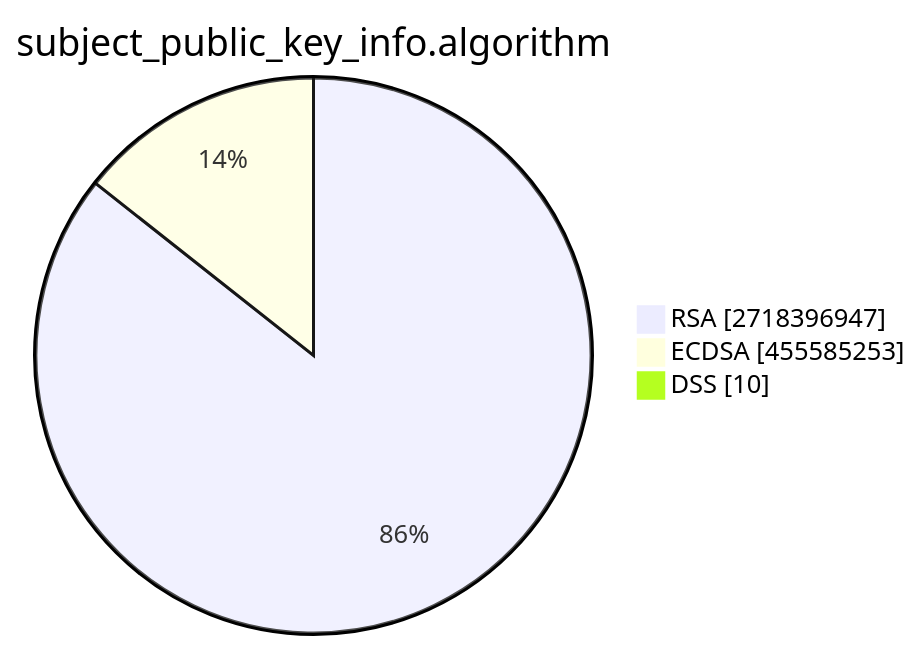
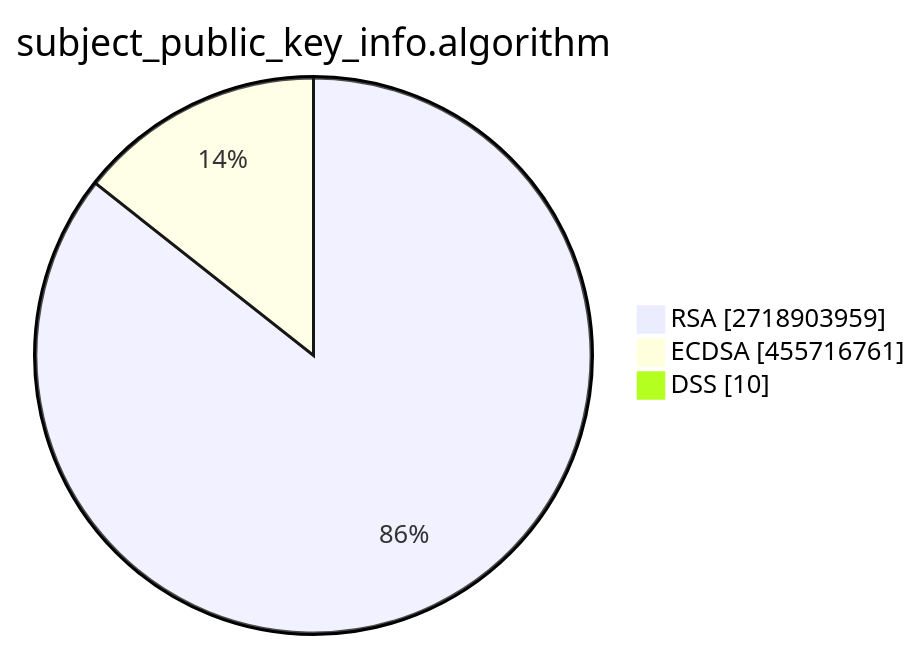
One commit to christiankrug/ctmonitor_visualization changed the second of 15 diagrams in TOTAL/README.md. Above: the diagram before and after it, drawn with Mermaid. The commit also changed other lines of this file, not shown here.

````diff
--- a/TOTAL/README.md
+++ b/TOTAL/README.md
@@ -6,7 +6,7 @@
 ```mermaid
 pie showData
 title subject_public_key_info.algorithm
-"RSA" :2718396947
-"ECDSA" :455585253
+"RSA" :2718903959
+"ECDSA" :455716761
 "DSS" :10
 ```
````
